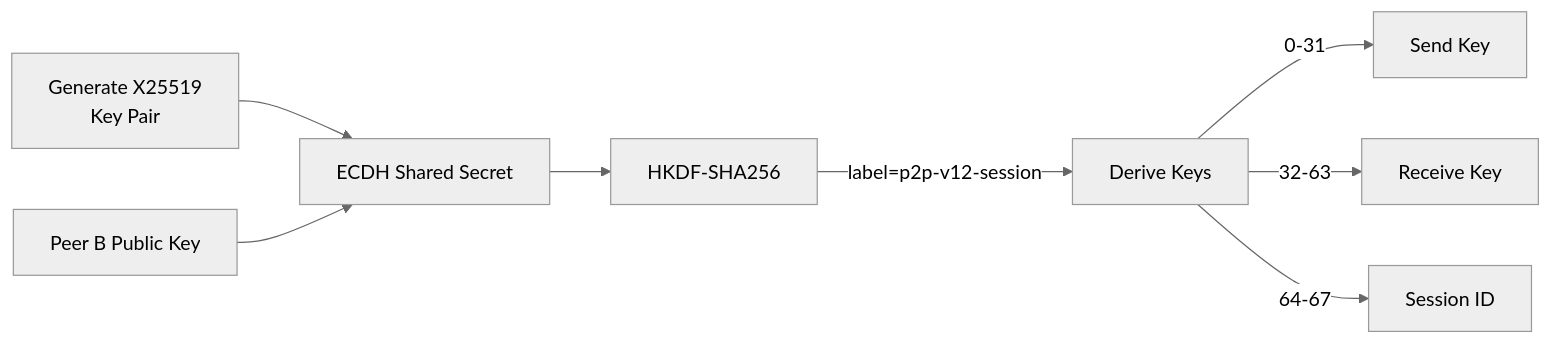
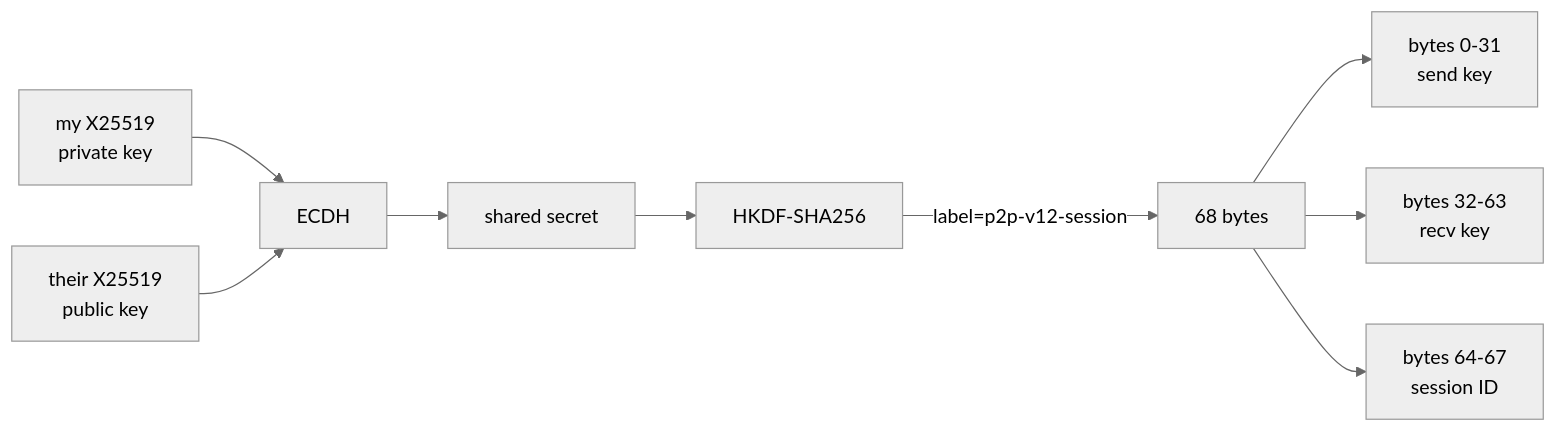
The tenth of 12 diagrams in SPEC.md (setowire-org/js-setowire), drawn with Mermaid (neutral theme) before and after one commit. The commit also changed other lines of this file, not shown here.

````diff
--- a/SPEC.md
+++ b/SPEC.md
@@ -379,12 +595,11 @@
 ```mermaid
 flowchart LR
-    A[Generate X25519<br/>Key Pair] --> SHARED[ECDH Shared Secret]
-    B[Peer B Public Key] --> SHARED
-    
+    A["my X25519<br/>private key"] --> ECDH[ECDH]
+    B["their X25519<br/>public key"] --> ECDH
+    ECDH --> SHARED[shared secret]
     SHARED --> HKDF[HKDF-SHA256]
-    HKDF -->|"label=p2p-v12-session"| KEYS[Derive Keys]
-    
-    KEYS -->|0-31| SEND_KEY[Send Key]
-    KEYS -->|32-63| RECV_KEY[Receive Key]
-    KEYS -->|64-67| SESSION_ID[Session ID]
+    HKDF -->|"label=p2p-v12-session"| KEYS[68 bytes]
+    KEYS --> SEND[bytes 0-31<br/>send key]
+    KEYS --> RECV[bytes 32-63<br/>recv key]
+    KEYS --> SID[bytes 64-67<br/>session ID]
 ```
````
